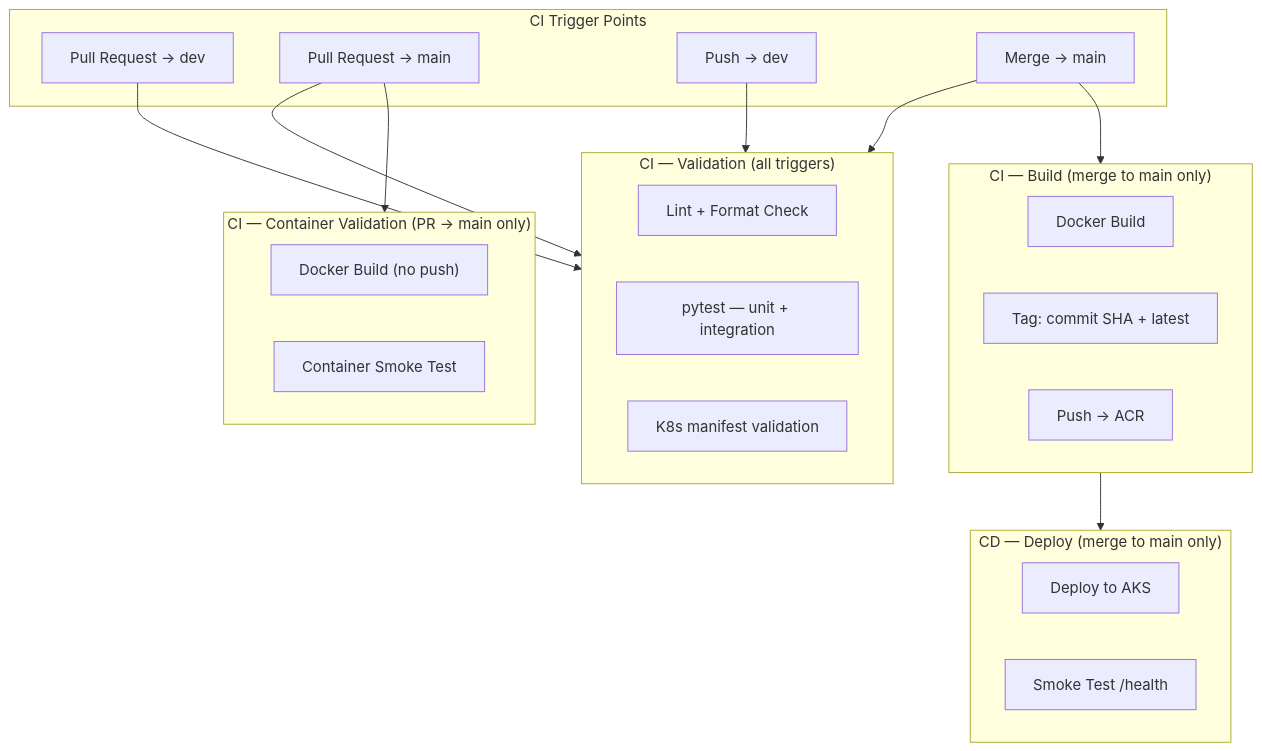
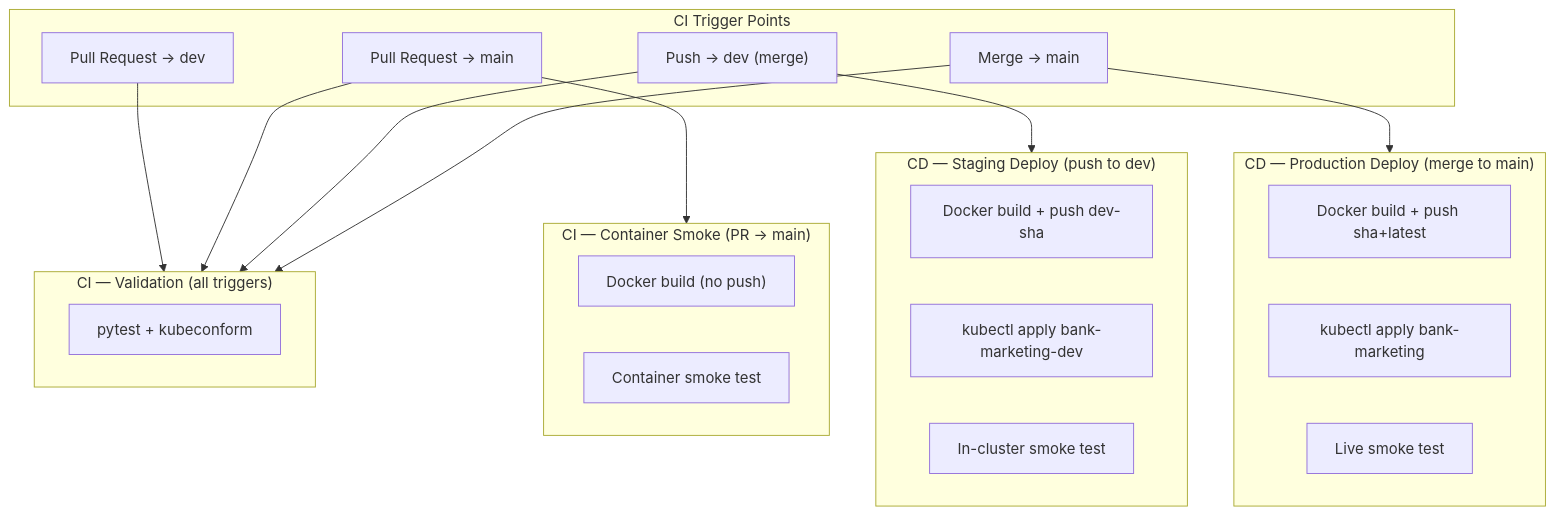
One commit to Annemarie-Bester/marketing-model-mlops-azure changed the third of 4 diagrams in docs/git-workflow.md. Above: the diagram before and after it, drawn with Mermaid.

Commit message:
initial commit kind kubernetes in docker approach in gitflow

````diff
--- a/docs/git-workflow.md
+++ b/docs/git-workflow.md
@@ -84,39 +84,38 @@
 ```mermaid
 flowchart TD
     subgraph Triggers["CI Trigger Points"]
         PR["Pull Request → dev"]
         PR_MAIN["Pull Request → main"]
-        PUSH["Push → dev"]
+        PUSH["Push → dev (merge)"]
         REL["Merge → main"]
     end
 
     subgraph CI_Validation["CI — Validation (all triggers)"]
-        LINT["Lint + Format Check"]
-        TEST["pytest — unit + integration"]
-        KUBE["K8s manifest validation"]
+        TEST["pytest + kubeconform"]
     end
 
-    subgraph CI_Container["CI — Container Validation (PR → main only)"]
-        CBUILD["Docker Build (no push)"]
-        CSMOKE["Container Smoke Test"]
+    subgraph CI_Container["CI — Container Smoke (PR → main)"]
+        CBUILD["Docker build (no push)"]
+        CSMOKE["Container smoke test"]
     end
 
-    subgraph CI_Build["CI — Build (merge to main only)"]
-        DOCKER["Docker Build"]
-        TAG["Tag: commit SHA + latest"]
-        PUSH_ACR["Push → ACR"]
+    subgraph CD_DEV["CD — Staging Deploy (push to dev)"]
+        DEV_BUILD["Docker build + push dev-sha"]
+        DEV_DEPLOY["kubectl apply bank-marketing-dev"]
+        DEV_SMOKE["In-cluster smoke test"]
     end
 
-    subgraph CD["CD — Deploy (merge to main only)"]
-        DEPLOY["Deploy to AKS"]
-        SMOKE["Smoke Test /health"]
+    subgraph CD_PROD["CD — Production Deploy (merge to main)"]
+        PROD_BUILD["Docker build + push sha+latest"]
+        PROD_DEPLOY["kubectl apply bank-marketing"]
+        PROD_SMOKE["Live smoke test"]
     end
 
     PR --> CI_Validation
     PR_MAIN --> CI_Validation
     PR_MAIN --> CI_Container
     PUSH --> CI_Validation
+    PUSH --> CD_DEV
     REL --> CI_Validation
-    REL --> CI_Build
-    CI_Build --> CD
+    REL --> CD_PROD
 ```
````
